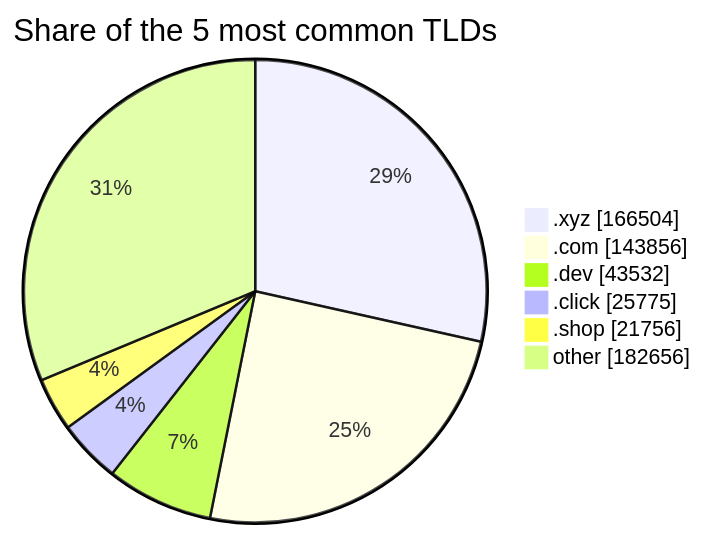
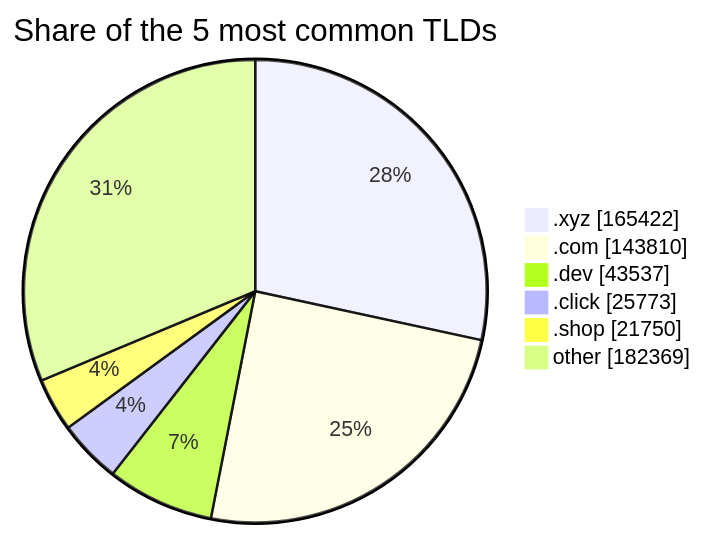
One commit to DNSBunker/CTI changed the third of 3 diagrams in README.md. Above: the diagram before and after it, drawn with Mermaid. The commit also changed other lines of this file and 3 other files, not shown here.

````diff
--- a/README.md
+++ b/README.md
@@ -81,9 +81,9 @@
 ```mermaid
 pie showData title Share of the 5 most common TLDs
-    ".xyz" : 166504
-    ".com" : 143856
-    ".dev" : 43532
-    ".click" : 25775
-    ".shop" : 21756
-    "other" : 182656
+    ".xyz" : 165422
+    ".com" : 143810
+    ".dev" : 43537
+    ".click" : 25773
+    ".shop" : 21750
+    "other" : 182369
 ```
````
